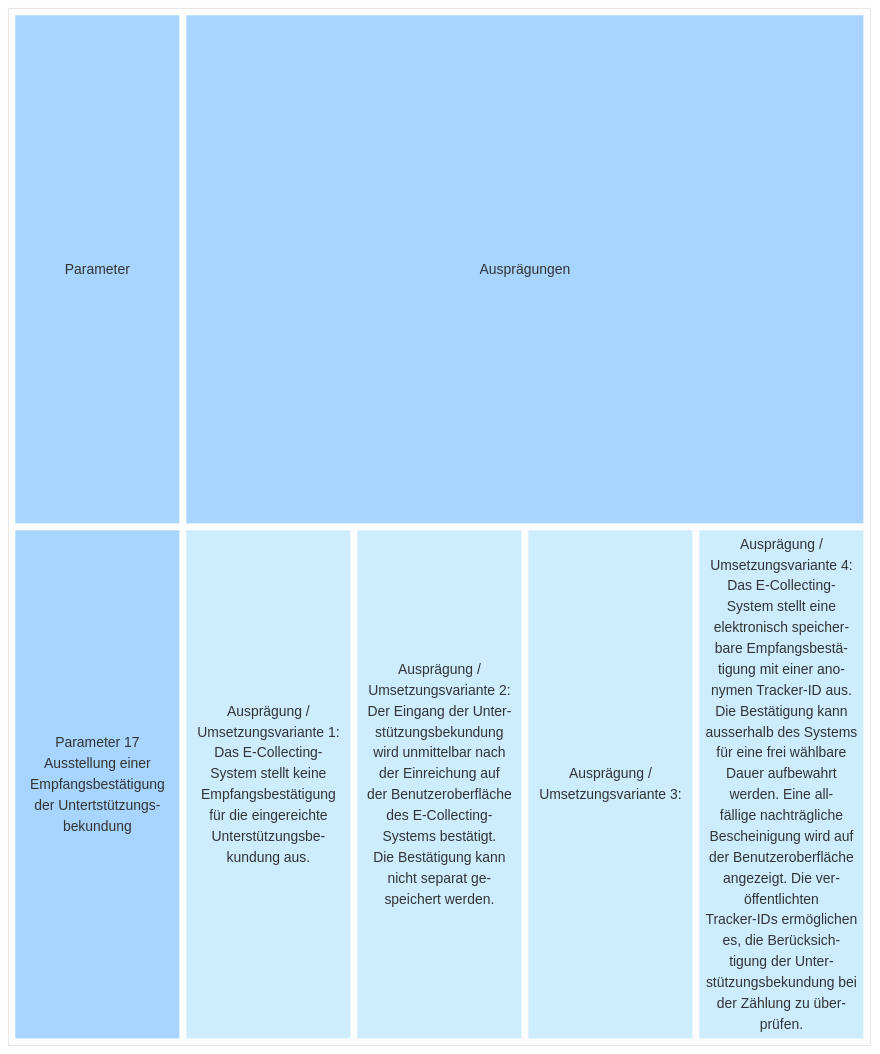
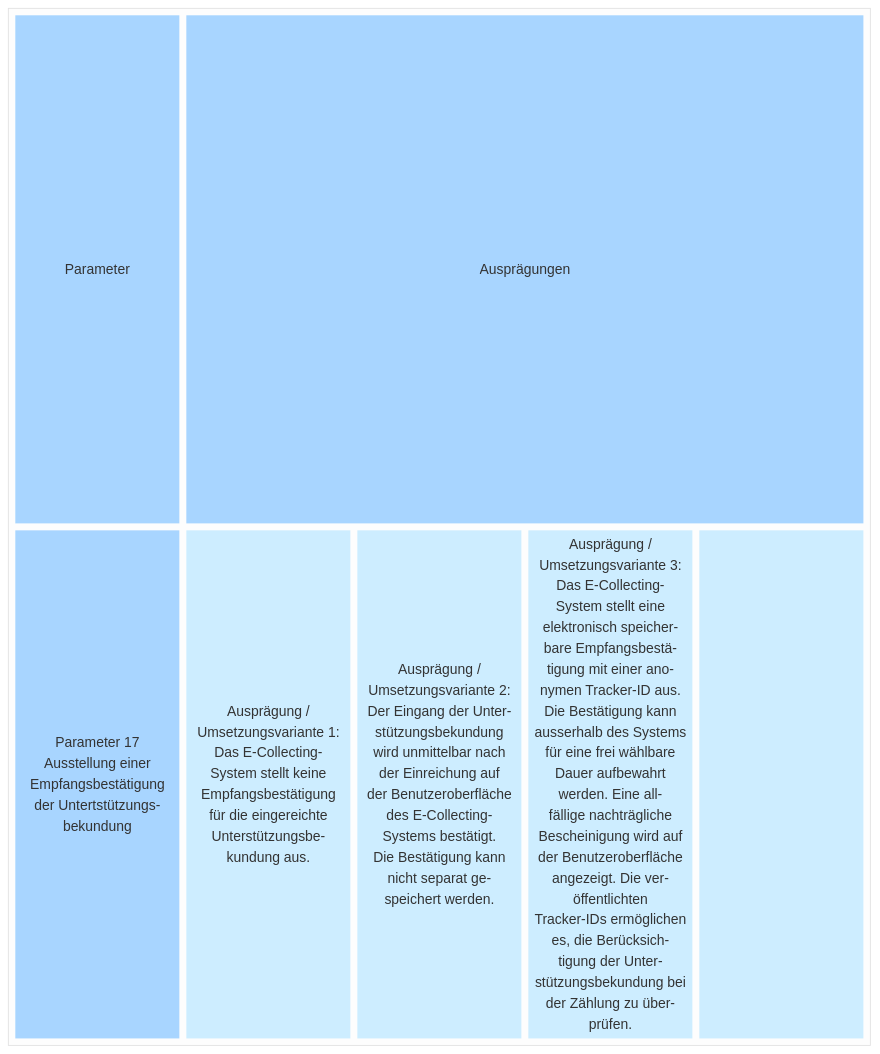
Before and after one commit to swiss/e-collecting: the second of 2 diagrams in docs/morphological-box/parameter-17.md, drawn with Mermaid (neutral theme).

````diff
--- a/docs/morphological-box/parameter-17.md
+++ b/docs/morphological-box/parameter-17.md
@@ -111,67 +111,65 @@
 ```mermaid
 block
   block
     columns 5
     t1["Parameter"]
     t2["Ausprägungen"]:4
     d["Parameter 17
     Ausstellung einer
     Empfangsbestätigung
     der Untertstützungs-
     bekundung"]
     a1["Ausprägung /
     Umsetzungsvariante 1:
     Das E-Collecting-
     System stellt keine
     Empfangsbestätigung
     für die eingereichte
     Unterstützungsbe-
     kundung aus."]
     a2["Ausprägung /
     Umsetzungsvariante 2:
     Der Eingang der Unter-
     stützungsbekundung 
     wird unmittelbar nach
     der Einreichung auf 
     der Benutzeroberfläche
     des E-Collecting-
     Systems bestätigt.
     Die Bestätigung kann
     nicht separat ge-
     speichert werden."]
     a3["Ausprägung /
     Umsetzungsvariante 3:
-    "]
-    a4["Ausprägung /
-    Umsetzungsvariante 4:
     Das E-Collecting-
     System stellt eine 
     elektronisch speicher-
     bare Empfangsbestä-
     tigung mit einer ano-
     nymen Tracker-ID aus.
     Die Bestätigung kann 
     ausserhalb des Systems
     für eine frei wählbare
     Dauer aufbewahrt 
     werden. Eine all-
     fällige nachträgliche
     Bescheinigung wird auf
     der Benutzeroberfläche
     angezeigt. Die ver-
     öffentlichten 
     Tracker-IDs ermöglichen
     es, die Berücksich-
     tigung der Unter-
     stützungsbekundung bei
     der Zählung zu über-
     prüfen."]
+    a4["&nbsp;"]
    style t1 fill:#a8d5ff,stroke-width:0px
     style t2 fill:#a8d5ff,stroke-width:0px
     style d fill:#a8d5ff,stroke-width:0px,text-valign:top
     style a1 fill:#cdedff,stroke-width:0px
     style a2 fill:#cdedff,stroke-width:0px
     style a3 fill:#cdedff,stroke-width:0px
     style a4 fill:#cdedff,stroke-width:0px
   end
 ```
````
